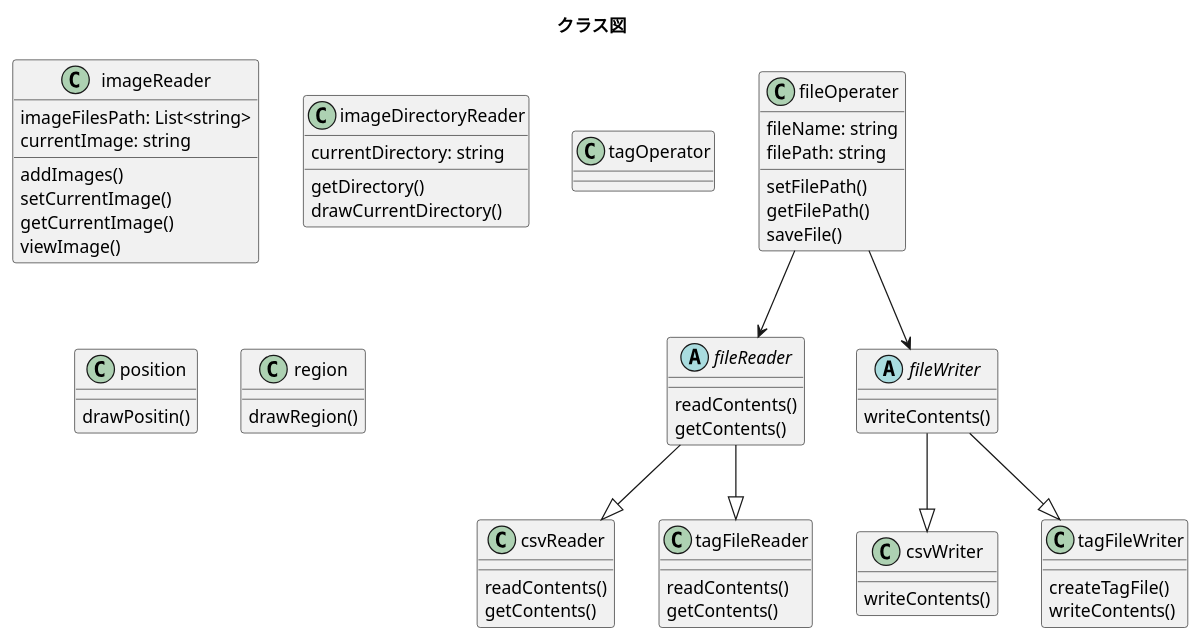
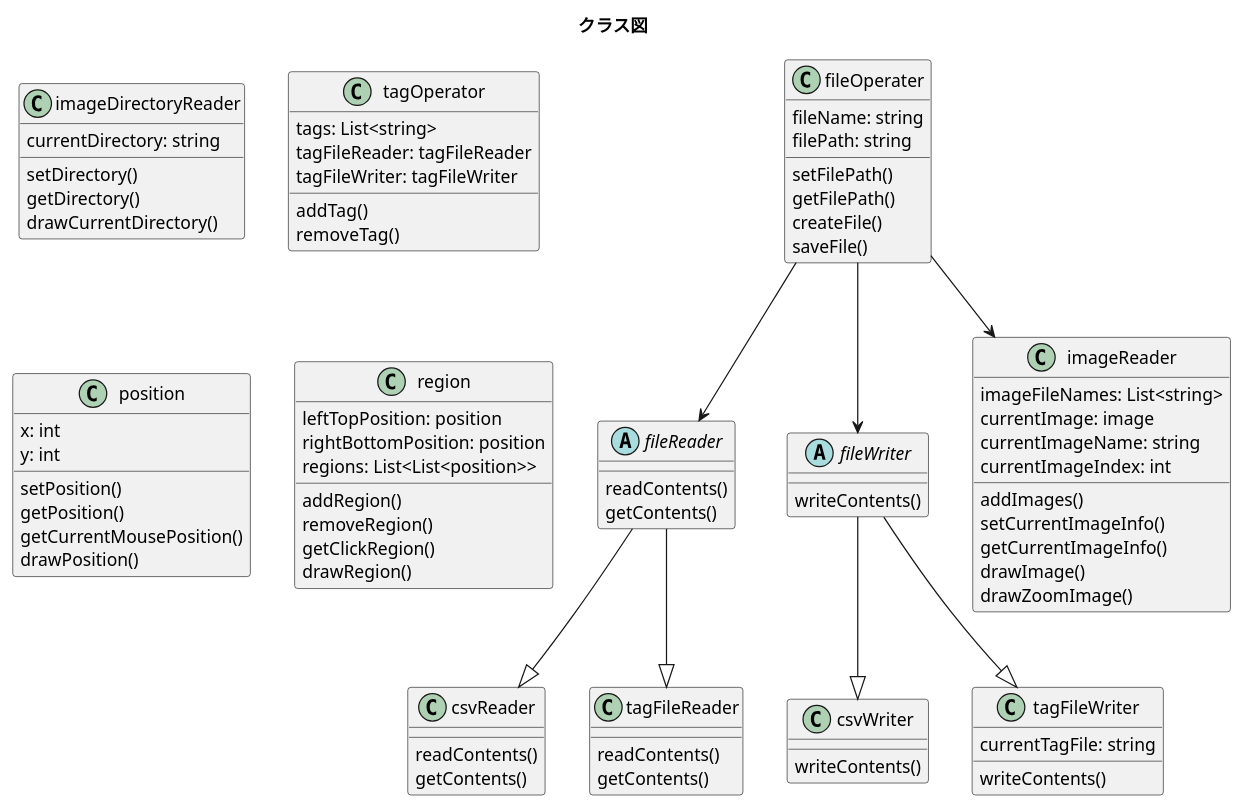
Before and after one commit to kato-hiroaki0610/AnnotationTool: the diagram in 01.設計/03.内部設計/AnnotationToolクラス図.pu, drawn with PlantUML.

Commit message:
Update: クラス図を更新

```diff
--- a/01.設計/03.内部設計/AnnotationToolクラス図.pu
+++ b/01.設計/03.内部設計/AnnotationToolクラス図.pu
@@ -1,87 +1,109 @@
 @startuml
 title クラス図
 
 class fileOperater
 {
     fileName: string
     filePath: string
     setFilePath()
     getFilePath()
+    createFile()
     saveFile()
 }
 
 abstract class fileReader
 {
     readContents()
     getContents()
 }
 
 abstract class fileWriter
 {
     writeContents()
 }
 
 fileOperater --> fileReader
 fileOperater --> fileWriter
 
 class csvReader
 {
     readContents()
     getContents()
 }
 
 class csvWriter
 {
     writeContents()
 }
 
 class tagFileReader
 {
     readContents()
     getContents()
 }
 
 class tagFileWriter
 {
-    createTagFile()
+    currentTagFile: string
     writeContents()
 }
 
 class imageReader
 {
-    imageFilesPath: List<string>
-    currentImage: string
+    imageFileNames: List<string>
+    currentImage: image
+    currentImageName: string
+    currentImageIndex: int
     addImages()
-    setCurrentImage()
-    getCurrentImage()
-    viewImage()
+    setCurrentImageInfo()
+    getCurrentImageInfo()
+    drawImage()
+    drawZoomImage()
 }
+
+fileOperater --> imageReader
 
 class imageDirectoryReader
 {
     currentDirectory: string
+    setDirectory()
     getDirectory()
     drawCurrentDirectory()
 }
 
 class tagOperator
 {
-
+    tags: List<string>
+    tagFileReader: tagFileReader
+    tagFileWriter: tagFileWriter
+    addTag()
+    removeTag()
 }
 
 class position
 {
-    drawPositin()
+    x: int
+    y: int
+    setPosition()
+    getPosition()
+    getCurrentMousePosition()
+    drawPosition()
 }
 
 class region
 {
+    leftTopPosition: position
+    rightBottomPosition: position
+    regions: List<List<position>>
+    addRegion()
+    removeRegion()
+    getClickRegion()
     drawRegion()
 }
 
 fileReader --|> csvReader
 fileReader --|> tagFileReader
 fileWriter --|> csvWriter
 fileWriter --|> tagFileWriter
 
 @enduml
```
